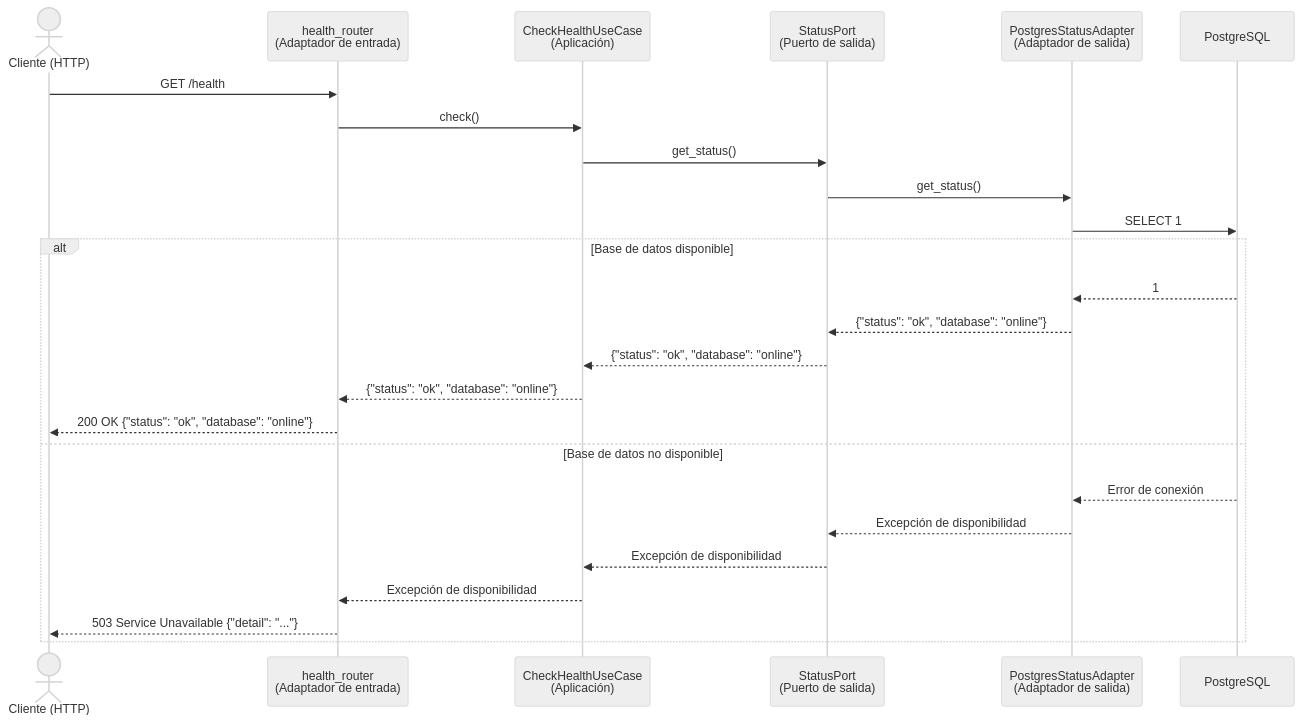
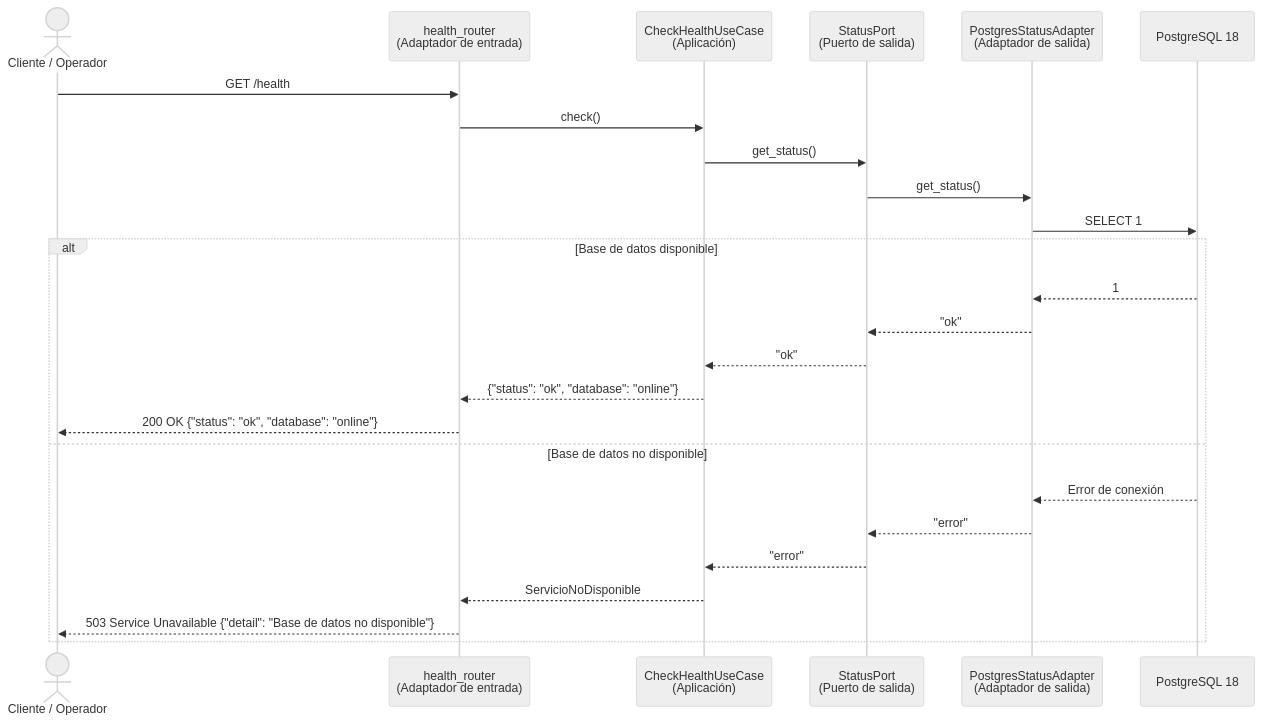
Before and after one commit to ISCOUTB/AS_202620_Clubs_UTB: the first of 4 diagrams in docs/arc42/06_vista_de_ejecucion.md, drawn with Mermaid (neutral theme). The commit also changed other lines of this file and 42 other files, not shown here.

````diff
--- a/docs/arc42/06_vista_de_ejecucion.md
+++ b/docs/arc42/06_vista_de_ejecucion.md
@@ -7,28 +7,28 @@
 ```mermaid
 sequenceDiagram
-    actor C as Cliente (HTTP)
+    actor C as Cliente / Operador
     participant R as health_router<br/>(Adaptador de entrada)
     participant UC as CheckHealthUseCase<br/>(Aplicación)
     participant P as StatusPort<br/>(Puerto de salida)
     participant A as PostgresStatusAdapter<br/>(Adaptador de salida)
-    participant DB as PostgreSQL
+    participant DB as PostgreSQL 18
 
     C->>R: GET /health
     R->>UC: check()
     UC->>P: get_status()
     P->>A: get_status()
     A->>DB: SELECT 1
     alt Base de datos disponible
         DB-->>A: 1
-        A-->>P: {"status": "ok", "database": "online"}
-        P-->>UC: {"status": "ok", "database": "online"}
+        A-->>P: "ok"
+        P-->>UC: "ok"
         UC-->>R: {"status": "ok", "database": "online"}
         R-->>C: 200 OK {"status": "ok", "database": "online"}
     else Base de datos no disponible
         DB-->>A: Error de conexión
-        A-->>P: Excepción de disponibilidad
-        P-->>UC: Excepción de disponibilidad
-        UC-->>R: Excepción de disponibilidad
-        R-->>C: 503 Service Unavailable {"detail": "..."}
+        A-->>P: "error"
+        P-->>UC: "error"
+        UC-->>R: ServicioNoDisponible
+        R-->>C: 503 Service Unavailable {"detail": "Base de datos no disponible"}
     end
 ```
````
